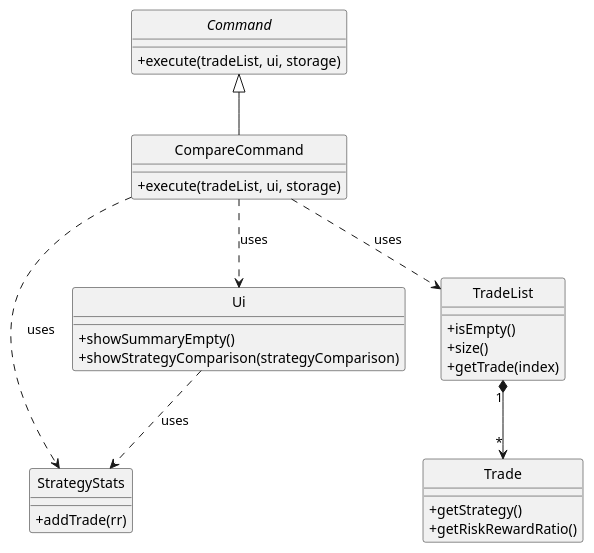
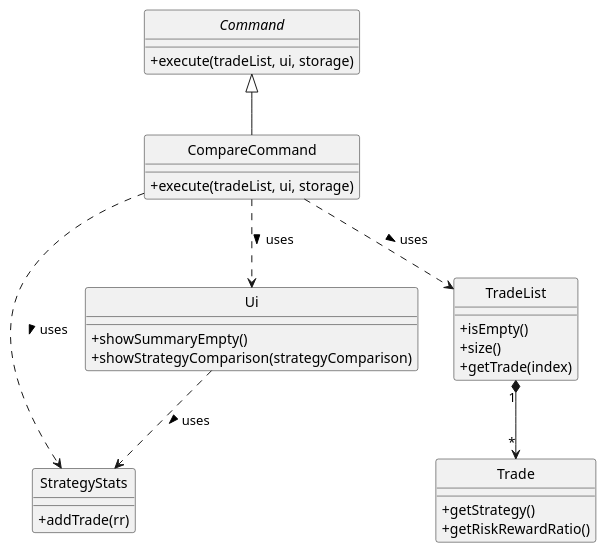
Before and after one commit to AY2526S2-CS2113-T11-2/tp: the diagram in docs/diagrams/compare-class-diagram.puml, drawn with PlantUML. The commit also changed 9 other files, not shown here.

```diff
--- a/docs/diagrams/compare-class-diagram.puml
+++ b/docs/diagrams/compare-class-diagram.puml
@@ -1,39 +1,39 @@
 @startuml
 skinparam Style strictuml
 skinparam classAttributeIconSize 0
 
 abstract class Command {
     +execute(tradeList, ui, storage)
 }
 
 class CompareCommand {
     +execute(tradeList, ui, storage)
 }
 
 class StrategyStats {
     +addTrade(rr)
 }
 
 class TradeList {
     +isEmpty()
     +size()
     +getTrade(index)
 }
 
 class Trade {
     +getStrategy()
     +getRiskRewardRatio()
 }
 
 class Ui {
     +showSummaryEmpty()
     +showStrategyComparison(strategyComparison)
 }
 
 Command <|-- CompareCommand
-CompareCommand ..> TradeList : uses
-CompareCommand ..> Ui : uses
-CompareCommand ..> StrategyStats : uses
+CompareCommand ..> TradeList : uses >
+CompareCommand ..> Ui : uses >
+CompareCommand ..> StrategyStats : uses >
 TradeList "1" *--> "*" Trade
-Ui ..> StrategyStats : uses
+Ui ..> StrategyStats : uses >
 @enduml
```
